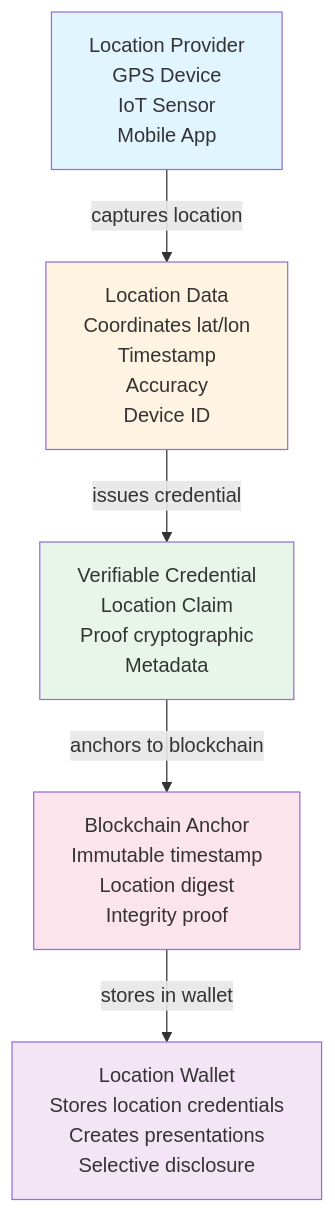
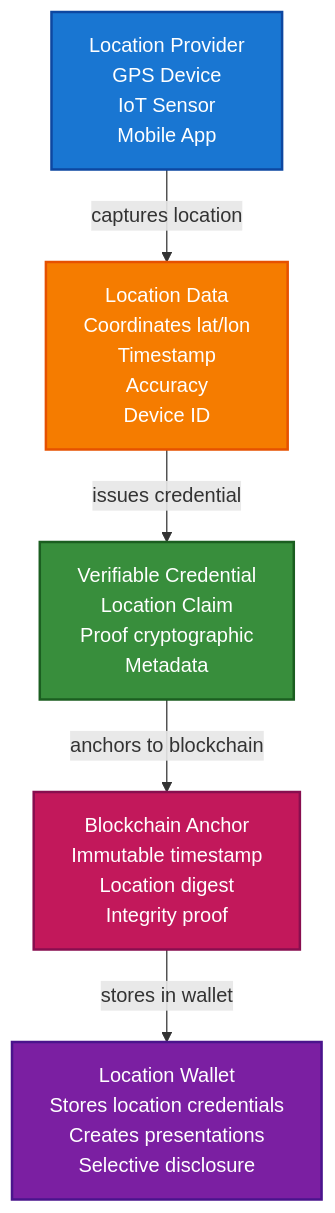
Before and after one commit to geoknoesis/trustweave: the diagram in docs/getting-started/proof-of-location-scenario.md, drawn with Mermaid. The commit also changed 16 other files, not shown here.

First line of the commit message:
docs: Improve Mermaid diagram contrast and add new scenarios

````diff
--- a/docs/getting-started/proof-of-location-scenario.md
+++ b/docs/getting-started/proof-of-location-scenario.md
@@ -104,13 +104,13 @@
 ```mermaid
 flowchart TD
     A[Location Provider<br/>GPS Device<br/>IoT Sensor<br/>Mobile App] -->|captures location| B[Location Data<br/>Coordinates lat/lon<br/>Timestamp<br/>Accuracy<br/>Device ID]
     B -->|issues credential| C[Verifiable Credential<br/>Location Claim<br/>Proof cryptographic<br/>Metadata]
     C -->|anchors to blockchain| D[Blockchain Anchor<br/>Immutable timestamp<br/>Location digest<br/>Integrity proof]
     D -->|stores in wallet| E[Location Wallet<br/>Stores location credentials<br/>Creates presentations<br/>Selective disclosure]
     
-    style A fill:#e1f5ff
-    style B fill:#fff4e1
-    style C fill:#e8f5e9
-    style D fill:#fce4ec
-    style E fill:#f3e5f5
+    style A fill:#1976d2,stroke:#0d47a1,stroke-width:2px,color:#fff
+    style B fill:#f57c00,stroke:#e65100,stroke-width:2px,color:#fff
+    style C fill:#388e3c,stroke:#1b5e20,stroke-width:2px,color:#fff
+    style D fill:#c2185b,stroke:#880e4f,stroke-width:2px,color:#fff
+    style E fill:#7b1fa2,stroke:#4a148c,stroke-width:2px,color:#fff
 ```
````
